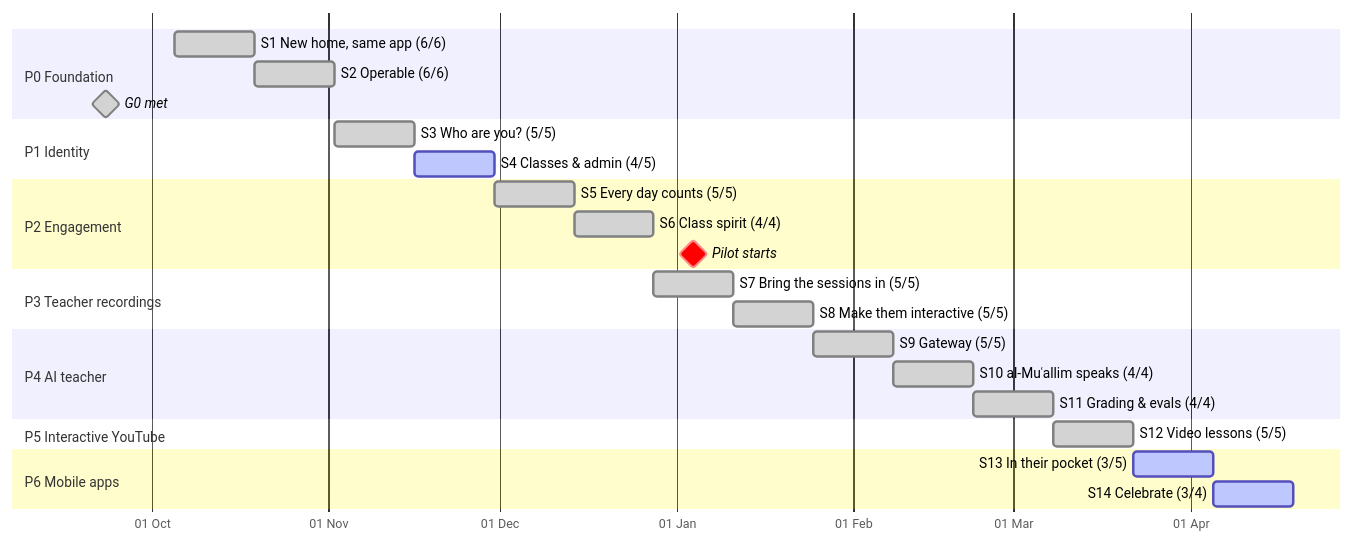
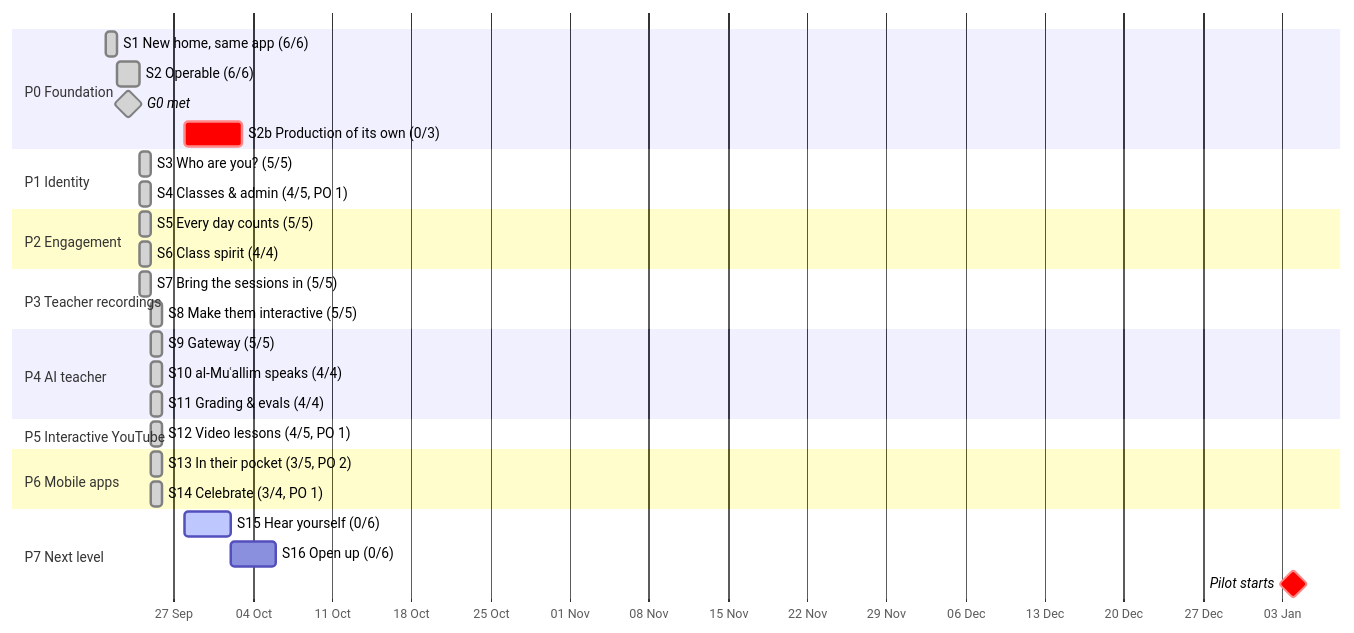
The first of 2 diagrams in docs/plan/sprint-plan.md (Sira-Labs/Suffa), drawn with Mermaid before and after one commit. The commit also changed other lines of this file and 2 other files, not shown here.

First line of the commit message:
docs: plan, roadmap and README for S1–S14 built and the week ahead

````diff
--- a/docs/plan/sprint-plan.md
+++ b/docs/plan/sprint-plan.md
@@ -17,29 +24,33 @@
 ```mermaid
 gantt
   dateFormat YYYY-MM-DD
   axisFormat %d %b
   todayMarker on
   section P0 Foundation
-  S1 New home, same app (6/6)        :done, s1, 2026-10-05, 14d
-  S2 Operable (6/6)                  :done, s2, after s1, 14d
+  S1 New home, same app (6/6)        :done, s1, 2026-09-21, 1d
+  S2 Operable (6/6)                  :done, s2, after s1, 2d
   G0 met                             :milestone, done, g0, 2026-09-23, 0d
+  S2b Production of its own (0/3)    :crit, s2b, 2026-09-28, 5d
   section P1 Identity
-  S3 Who are you? (5/5)              :done, s3, after s2, 14d
-  S4 Classes & admin (4/5)          :active, s4, after s3, 14d
+  S3 Who are you? (5/5)              :done, s3, 2026-09-24, 1d
+  S4 Classes & admin (4/5, PO 1)     :done, s4, 2026-09-24, 1d
   section P2 Engagement
-  S5 Every day counts (5/5)         :done, s5, after s4, 14d
-  S6 Class spirit (4/4)             :done, s6, after s5, 14d
+  S5 Every day counts (5/5)          :done, s5, 2026-09-24, 1d
+  S6 Class spirit (4/4)              :done, s6, 2026-09-24, 1d
+  section P3 Teacher recordings
+  S7 Bring the sessions in (5/5)     :done, s7, 2026-09-24, 1d
+  S8 Make them interactive (5/5)     :done, s8, 2026-09-25, 1d
+  section P4 AI teacher
+  S9 Gateway (5/5)                   :done, s9, 2026-09-25, 1d
+  S10 al-Muʿallim speaks (4/4)       :done, s10, 2026-09-25, 1d
+  S11 Grading & evals (4/4)          :done, s11, 2026-09-25, 1d
+  section P5 Interactive YouTube
+  S12 Video lessons (4/5, PO 1)      :done, s12, 2026-09-25, 1d
+  section P6 Mobile apps
+  S13 In their pocket (3/5, PO 2)    :done, s13, 2026-09-25, 1d
+  S14 Celebrate (3/4, PO 1)          :done, s14, 2026-09-25, 1d
+  section P7 Next level
+  S15 Hear yourself (0/6)            :active, s15, 2026-09-28, 4d
+  S16 Open up (0/6)                  :s16, after s15, 4d
   Pilot starts                       :milestone, crit, pilot, 2027-01-04, 0d
-  section P3 Teacher recordings
-  S7 Bring the sessions in (5/5)    :done, s7, after s6, 14d
-  S8 Make them interactive (5/5)    :done, s8, after s7, 14d
-  section P4 AI teacher
-  S9 Gateway (5/5)                  :done, s9, after s8, 14d
-  S10 al-Muʿallim speaks (4/4)      :done, s10, after s9, 14d
-  S11 Grading & evals (4/4)         :done, s11, after s10, 14d
-  section P5 Interactive YouTube
-  S12 Video lessons (5/5)           :done, s12, after s11, 14d
-  section P6 Mobile apps
-  S13 In their pocket (3/5)         :active, s13, after s12, 14d
-  S14 Celebrate (3/4)               :active, s14, after s13, 14d
 ```
````
